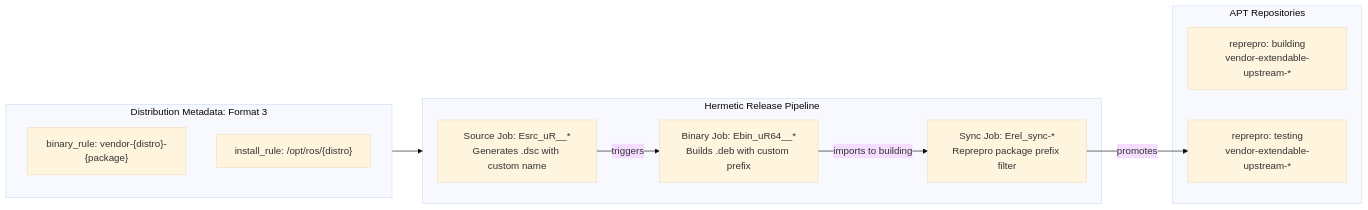
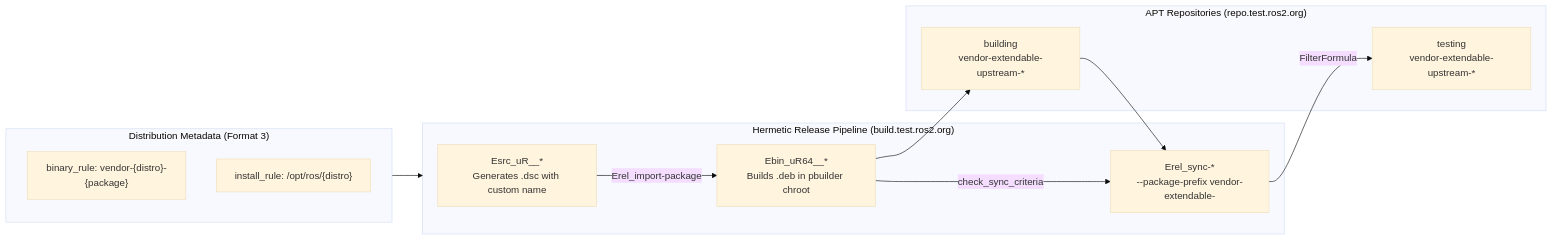
Before and after one commit to KmoM88/rep159-testing: the second of 6 diagrams in TOPOLOGICAL_TESTING_EVIDENCE_GIST.md, drawn with Mermaid (base theme). The commit also changed other lines of this file and 22 other files, not shown here.

Commit message:
Consolidate table/diagram docs, adopt jrivero commits, update Stage 1-3 testfarm evidence, and sanitize local endpoints

````diff
--- a/TOPOLOGICAL_TESTING_EVIDENCE_GIST.md
+++ b/TOPOLOGICAL_TESTING_EVIDENCE_GIST.md
@@ -11,25 +40,22 @@
 ```mermaid
 graph LR
-    subgraph Spec [Distribution Metadata: Format 3]
+    subgraph Spec ["Distribution Metadata (Format 3)"]
         BR["binary_rule: vendor-{distro}-{package}"]
         IR["install_rule: /opt/ros/{distro}"]
     end
 
-    subgraph ReleasePipeline [Hermetic Release Pipeline]
-        SRC["Source Job: Esrc_uR__*<br/>Generates .dsc with custom name"]
-        BIN["Binary Job: Ebin_uR64__*<br/>Builds .deb with custom prefix"]
-        SYNC["Sync Job: Erel_sync-*<br/>Reprepro package prefix filter"]
-        
-        SRC -->|triggers| BIN
-        BIN -->|imports to building| SYNC
+    subgraph ReleasePipeline ["Hermetic Release Pipeline (build.test.ros2.org)"]
+        SRC["Esrc_uR__*<br/>Generates .dsc with custom name"]
+        BIN["Ebin_uR64__*<br/>Builds .deb in pbuilder chroot"]
+        SYNC["Erel_sync-*<br/>--package-prefix vendor-extendable-"]
+        SRC -->|Erel_import-package| BIN -->|check_sync_criteria| SYNC
     end
 
-    subgraph Repositories [APT Repositories]
-        BUILDING["reprepro: building<br/>vendor-extendable-upstream-*"]
-        TESTING["reprepro: testing<br/>vendor-extendable-upstream-*"]
-        
-        SYNC -->|promotes| TESTING
+    subgraph Repositories ["APT Repositories (repo.test.ros2.org)"]
+        BUILDING["building<br/>vendor-extendable-upstream-*"]
+        TESTING["testing<br/>vendor-extendable-upstream-*"]
+        BIN --> BUILDING --> SYNC -->|FilterFormula| TESTING
     end
 
     Spec --> ReleasePipeline
 ```
````
